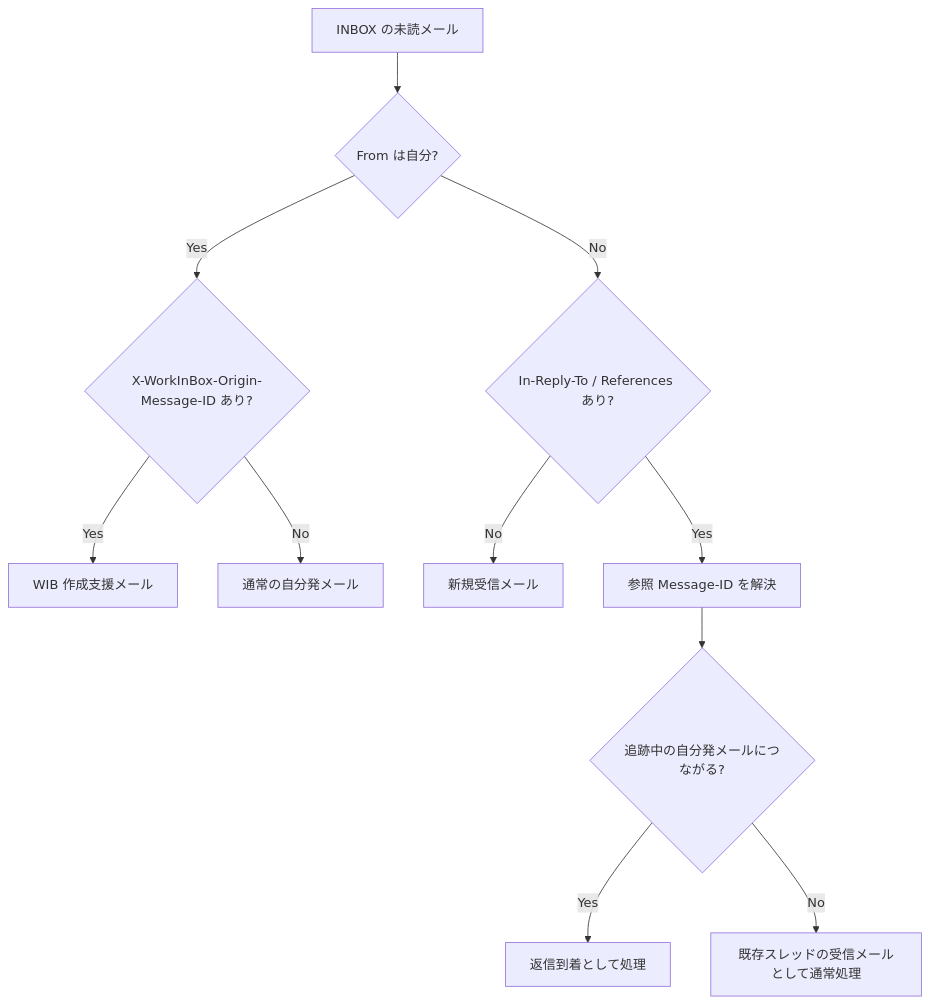
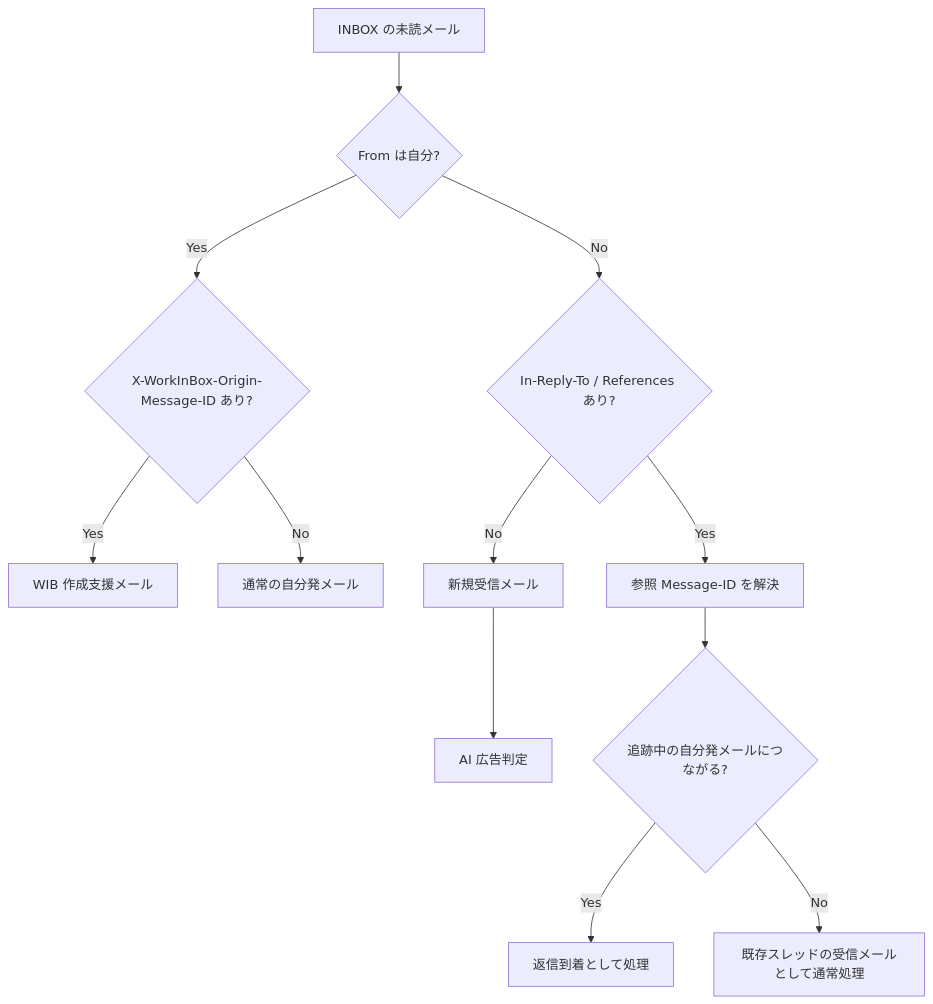
Before and after one commit to a3suger/WorkInBox: the first of 2 diagrams in docs/triagebox_decision_flow.md, drawn with Mermaid. The commit also changed other lines of this file, not shown here.

````diff
--- a/docs/triagebox_decision_flow.md
+++ b/docs/triagebox_decision_flow.md
@@ -55,13 +55,14 @@
 ```mermaid
 flowchart TD
     A[INBOX の未読メール] --> B{From は自分?}
     B -- Yes --> C{X-WorkInBox-Origin-Message-ID あり?}
     C -- Yes --> D[WIB 作成支援メール]
     C -- No --> E[通常の自分発メール]
     B -- No --> F{In-Reply-To / References あり?}
     F -- No --> G[新規受信メール]
+    G --> GA[AI 広告判定]
     F -- Yes --> H[参照 Message-ID を解決]
     H --> I{追跡中の自分発メールにつながる?}
     I -- Yes --> J[返信到着として処理]
     I -- No --> K[既存スレッドの受信メールとして通常処理]
 ```
````
